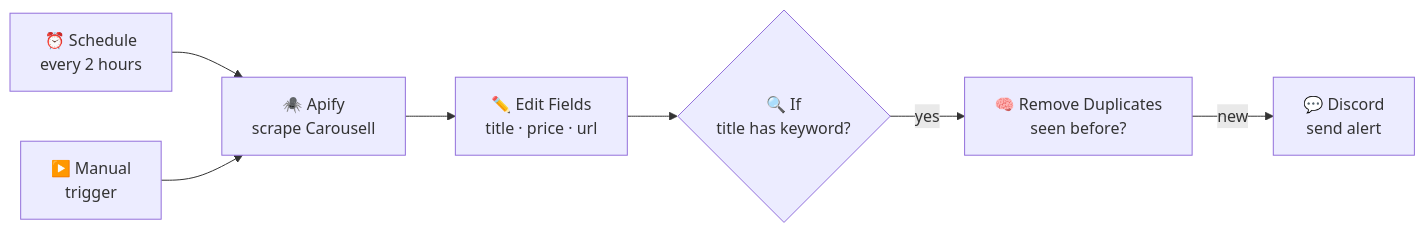
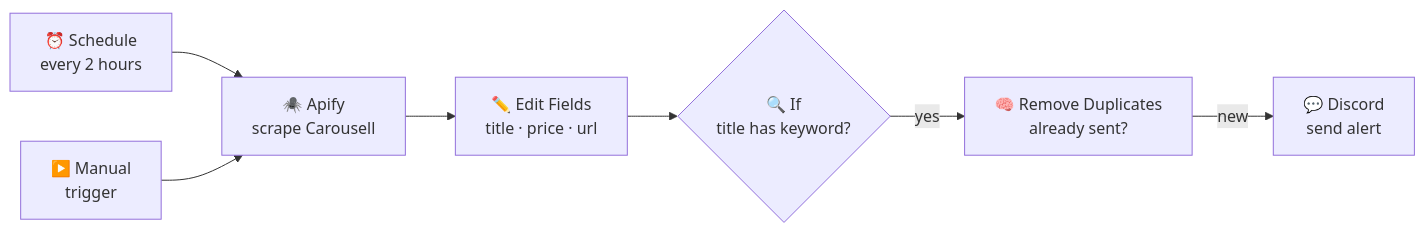
One commit to AnassSaleh/Marketplace-Watcher changed the diagram in README.md. Above: the diagram before and after it, drawn with Mermaid. The commit also changed other lines of this file, not shown here.

````diff
--- a/README.md
+++ b/README.md
@@ -34,9 +50,9 @@
 ```mermaid
 flowchart LR
     A[⏰ Schedule<br/>every 2 hours] --> C
     B[▶️ Manual<br/>trigger] --> C
     C[🕷️ Apify<br/>scrape Carousell] --> D[✏️ Edit Fields<br/>title · price · url]
     D --> E{🔍 If<br/>title has keyword?}
-    E -- yes --> F[🧠 Remove Duplicates<br/>seen before?]
+    E -- yes --> F[🧠 Remove Duplicates<br/>already sent?]
     F -- new --> G[💬 Discord<br/>send alert]
 ```
````
